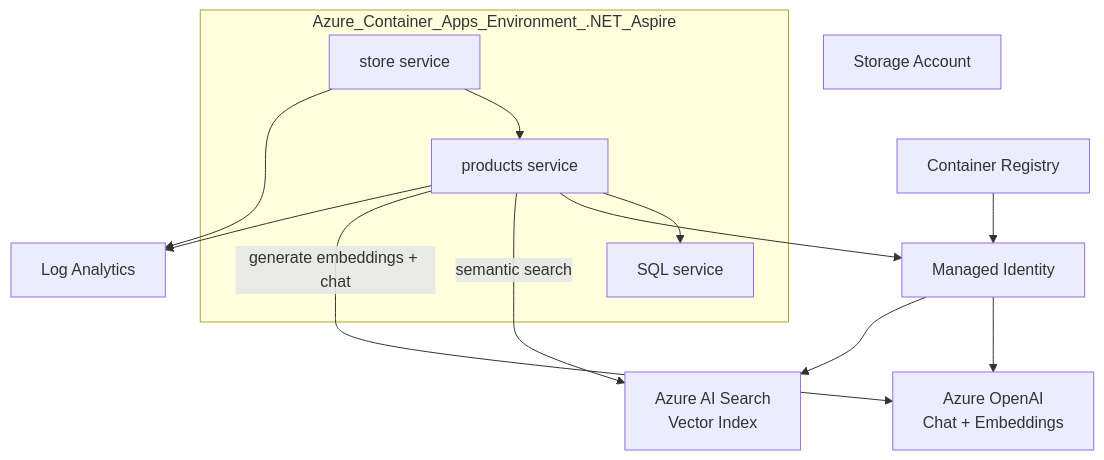
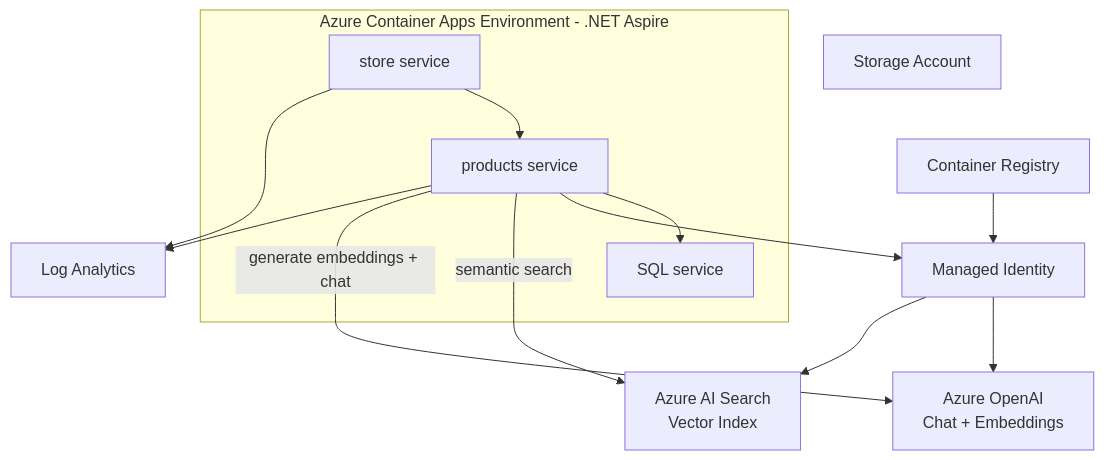
Before and after one commit to luckysuie/proj7: the diagram in scenarios/08-Sql2025/README.md, drawn with Mermaid.

Commit message:
Fix Mermaid diagram label formatting in README for Azure Container Apps environment

````diff
--- a/scenarios/08-Sql2025/README.md
+++ b/scenarios/08-Sql2025/README.md
@@ -33,29 +33,29 @@
   ```mermaid
   flowchart TD
-      subgraph Azure_Container_Apps_Environment_.NET_Aspire
+      subgraph "Azure Container Apps Environment - .NET Aspire"
           store[store service]
           products[products service]
           sql[SQL service]
           store --> products
           products --> sql
       end
   
       ContainerRegistry[Container Registry]
       StorageAccount[Storage Account]
       ManagedIdentity[Managed Identity]
       OpenAI[Azure OpenAI\nChat + Embeddings]
       AISearch[Azure AI Search\nVector Index]
       LogAnalytics[Log Analytics]
   
       ContainerRegistry --> ManagedIdentity
       ManagedIdentity --> OpenAI
       ManagedIdentity --> AISearch
   
       products --> ManagedIdentity
       products -->|semantic search| AISearch
       products -->|generate embeddings + chat| OpenAI
   
       store --> LogAnalytics
       products --> LogAnalytics
   
   ```
````
